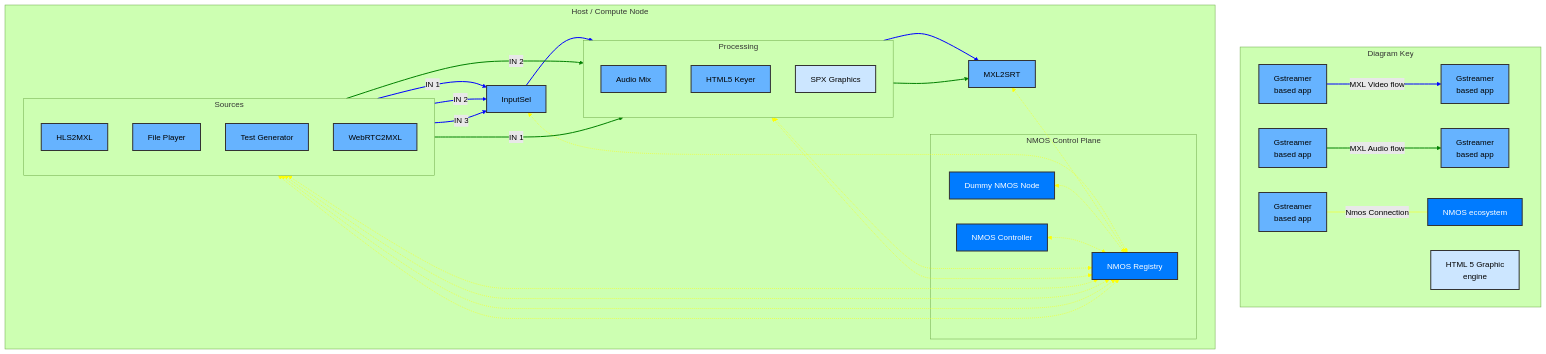
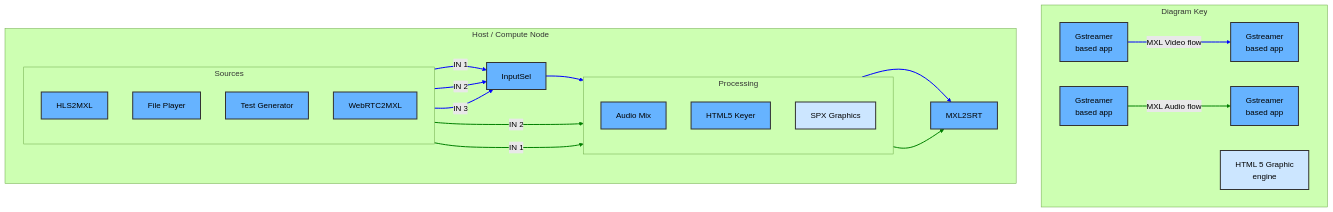
The diagram in Exercises/Exercise5.md (cbcrc/mxl-hands-on), drawn with Mermaid (forest theme) before and after one commit. The commit also changed other lines of this file and 115 other files, not shown here.

````diff
--- a/Exercises/Exercise5.md
+++ b/Exercises/Exercise5.md
@@ -28,13 +28,6 @@
 
             %% --- Stage 3: Output ---
             MXL2SRT[MXL2SRT]
-
-            %% --- Control Plane ---
-            subgraph Control [NMOS Control Plane]
-                NmosController[NMOS Controller]
-                NmosRegistry[NMOS Registry]
-                DummyNmosNode[Dummy NMOS Node]
-            end
 
             %% =========================================
             %% CONNECTIONS
@@ -61,26 +54,13 @@
             %% Audio Processing to/From MXL
             AudioMix --> MXL2SRT
 
-            %% --- Dotted Yellow control Connections (Indices 8 to 17) ---
-            HLS2MXL <-.-> NmosRegistry
-            LoopPlayer <-.-> NmosRegistry
-            TestGen <-.-> NmosRegistry
-            WebRTC2MXL <-.-> NmosRegistry
-            InputSel <-.-> NmosRegistry
-            HTML5Keyer <-.-> NmosRegistry
-            AudioMix <-.-> NmosRegistry
-            MXL2SRT <-.-> NmosRegistry
-            DummyNmosNode <-.-> NmosRegistry
-            NmosController <-.-> NmosRegistry
-
         end
 
-        %% --- Legend (Outside the Compute Node) (Indices 18 to 20) ---
+        %% --- Legend (Outside the Compute Node) (Indices 8 to 10) ---
     subgraph Legend [Diagram Key]
         direction LR
         k1[Gstreamer</br>based app] -- MXL Video flow --> kt1[Gstreamer</br>based app]
         k2[Gstreamer</br>based app] -- MXL Audio flow --> kt2[Gstreamer</br>based app]
-        k3[Gstreamer</br>based app] -- Nmos Connection --- kt3[NMOS ecosystem]
         k4[HTML 5 Graphic</br>engine]
     end
 
@@ -102,11 +82,9 @@
 
         %% Link Styling
         %% Solid blue for video connections
-        linkStyle 0,1,2,3,4,18 stroke:blue,stroke-width:2px
+        linkStyle 0,1,2,3,4,8 stroke:blue,stroke-width:2px
 
         %% Solid green for audio connections
-        linkStyle 5,6,7,19 stroke:green,stroke-width:2px
+        linkStyle 5,6,7,9 stroke:green,stroke-width:2px
 
-        %% Dotted yellow for nmos connections
-        linkStyle 8,9,10,11,12,13,14,15,16,17,20 stroke:yellow
 ```
````
